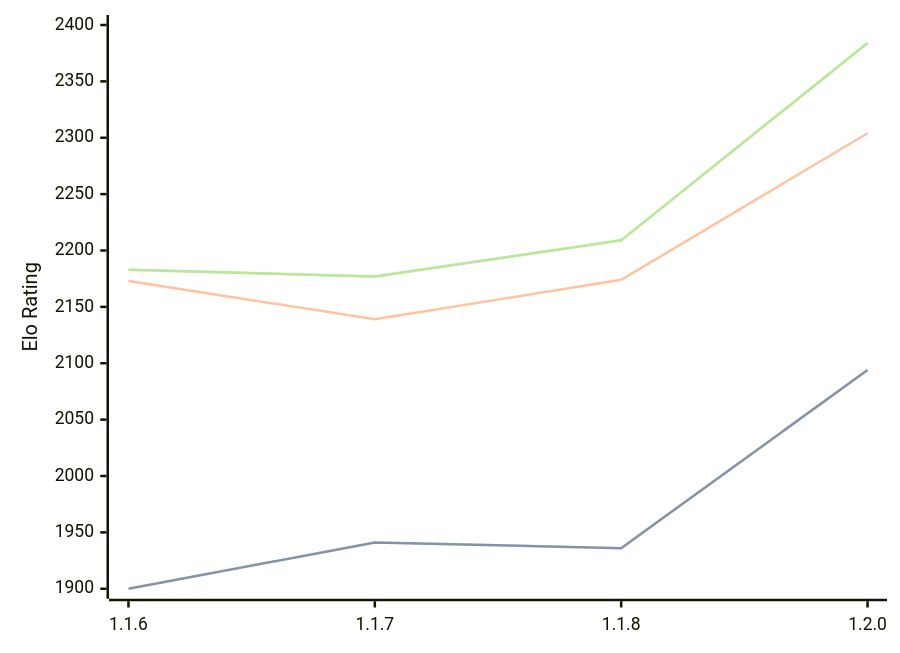
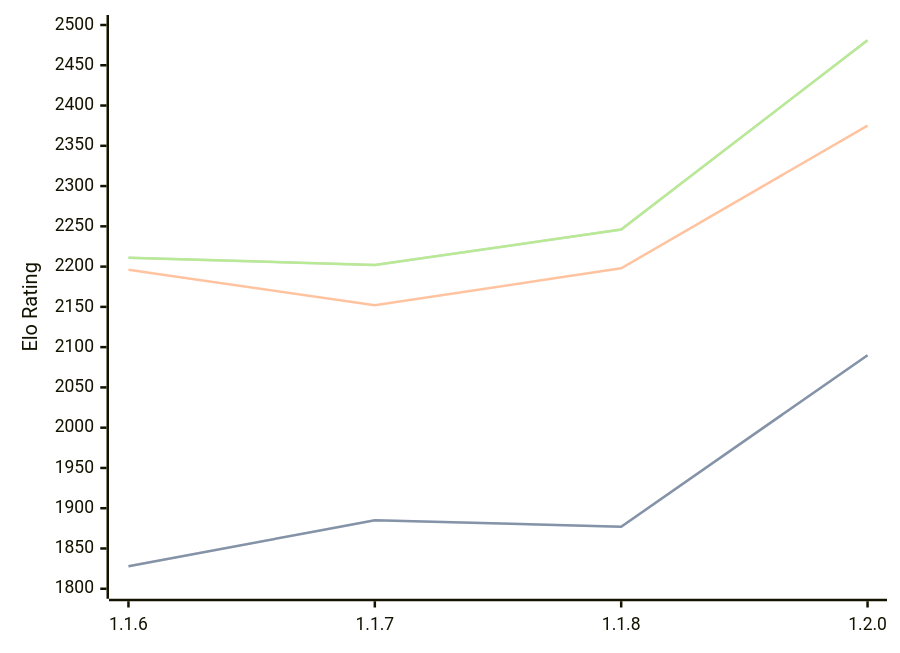
Before and after one commit to computer-chess-index/cci: the diagram in engines/Soomi.md, drawn with Mermaid. The commit also changed other lines of this file, not shown here.

Commit message:
Update CCI Ratings (ELO VLTC) - 2026-02-24

````diff
--- a/engines/Soomi.md
+++ b/engines/Soomi.md
@@ -31,11 +32,11 @@
 ```mermaid
 %%{init: {"theme":"base","themeVariables":{"seriesColors:['#a3a3a3','#222221','#faa371']}}}%%
 xychart-beta
   x-axis ["1.1.6", "1.1.7", "1.1.8", "1.2.0"]
-  y-axis "Elo Rating" 1900 --> 2400
-  line "STC (8.0+0.08s)" [1900, 1941, 1936, 2094]
-  line "STC (8.0+0.08s)" [1900, 1941, 1936, 2094]
-  line "LTC (60.0+0.60s)" [2173, 2139, 2174, 2304]
-  line "VLTC (2m24s+1.12s)" [2183, 2177, 2209, 2384]
-  line "VLTC (2m24s+1.12s)" [2183, 2177, 2209, 2384]
+  y-axis "Elo Rating" 1800 --> 2500
+  line "STC (8.0+0.08s)" [1828, 1885, 1877, 2090]
+  line "STC (8.0+0.08s)" [1828, 1885, 1877, 2090]
+  line "LTC (60.0+0.60s)" [2196, 2152, 2198, 2375]
+  line "VLTC (2m24s+1.12s)" [2211, 2202, 2246, 2481]
+  line "VLTC (2m24s+1.12s)" [2211, 2202, 2246, 2481]
 ```
````
